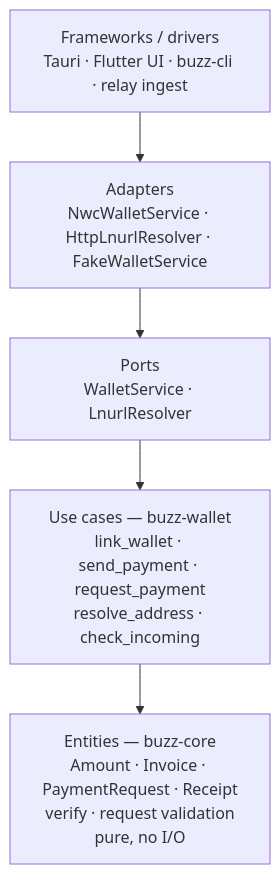
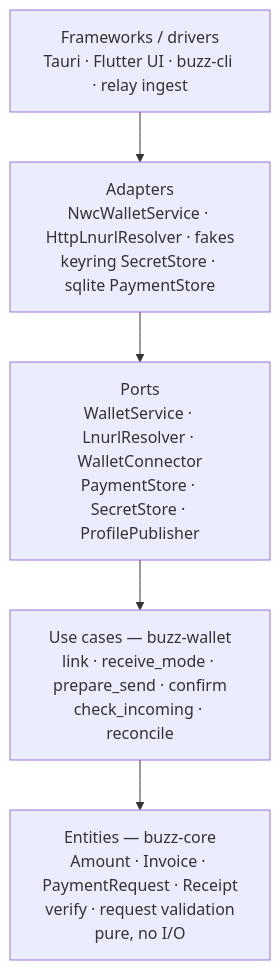
One commit to block/buzz changed the second of 3 diagrams in docs/lightning-wallet-nwc.md. Above: the diagram before and after it, drawn with Mermaid. The commit also changed other lines of this file, not shown here.

First line of the commit message:
docs: harden Lightning wallet (NWC) design after feasibility review

````diff
--- a/docs/lightning-wallet-nwc.md
+++ b/docs/lightning-wallet-nwc.md
@@ -73,10 +75,10 @@
 ```mermaid
 flowchart TB
   drivers["Frameworks / drivers<br/>Tauri · Flutter UI · buzz-cli · relay ingest"]
-  adapters["Adapters<br/>NwcWalletService · HttpLnurlResolver · FakeWalletService"]
-  ports["Ports<br/>WalletService · LnurlResolver"]
-  useCases["Use cases — buzz-wallet<br/>link_wallet · send_payment · request_payment<br/>resolve_address · check_incoming"]
+  adapters["Adapters<br/>NwcWalletService · HttpLnurlResolver · fakes<br/>keyring SecretStore · sqlite PaymentStore"]
+  ports["Ports<br/>WalletService · LnurlResolver · WalletConnector<br/>PaymentStore · SecretStore · ProfilePublisher"]
+  useCases["Use cases — buzz-wallet<br/>link · receive_mode · prepare_send · confirm<br/>check_incoming · reconcile"]
   entities["Entities — buzz-core<br/>Amount · Invoice · PaymentRequest · Receipt<br/>verify · request validation<br/>pure, no I/O"]
 
   drivers --> adapters --> ports --> useCases --> entities
 ```
````
